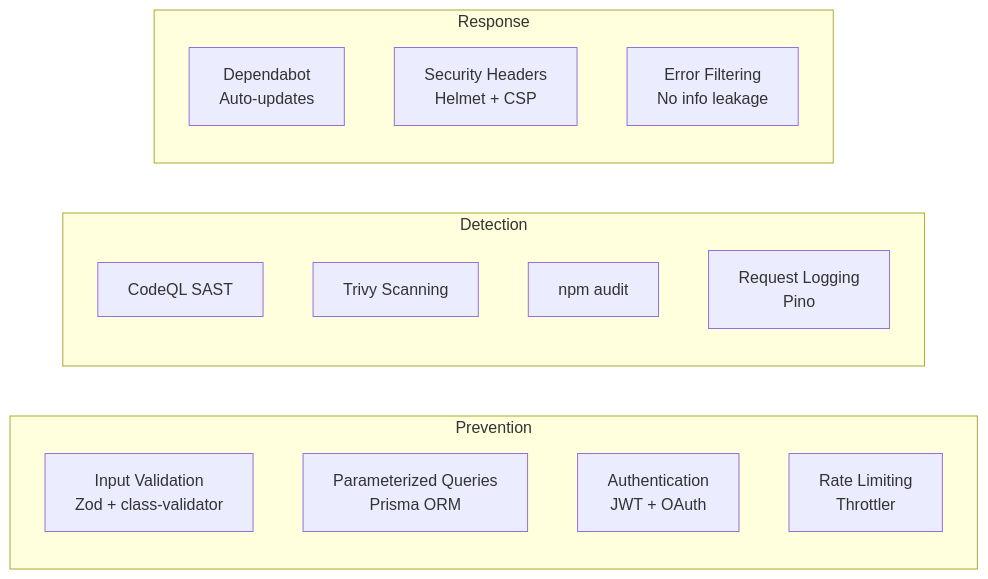
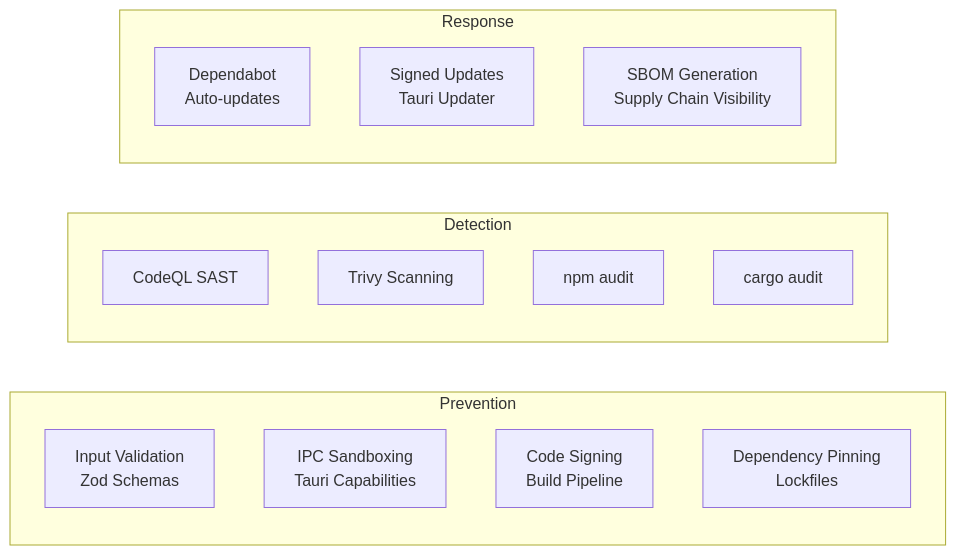
The second of 2 diagrams in docs/THREAT_MODEL.md (h3nryza/todo_app), drawn with Mermaid before and after one commit. The commit also changed other lines of this file and 11 other files, not shown here.

First line of the commit message:
chore: update CI/CD pipeline, docs, and threat model for local-first architecture

````diff
--- a/docs/THREAT_MODEL.md
+++ b/docs/THREAT_MODEL.md
@@ -133,22 +117,22 @@
 ```mermaid
 flowchart LR
     subgraph Prevention
-        A[Input Validation<br/>Zod + class-validator]
-        B[Parameterized Queries<br/>Prisma ORM]
-        C[Authentication<br/>JWT + OAuth]
-        D[Rate Limiting<br/>Throttler]
+        A[Input Validation<br/>Zod Schemas]
+        B[IPC Sandboxing<br/>Tauri Capabilities]
+        C[Code Signing<br/>Build Pipeline]
+        D[Dependency Pinning<br/>Lockfiles]
     end
 
     subgraph Detection
         E[CodeQL SAST]
         F[Trivy Scanning]
         G[npm audit]
-        H[Request Logging<br/>Pino]
+        H[cargo audit]
     end
 
     subgraph Response
         I[Dependabot<br/>Auto-updates]
-        J[Security Headers<br/>Helmet + CSP]
-        K[Error Filtering<br/>No info leakage]
+        J[Signed Updates<br/>Tauri Updater]
+        K[SBOM Generation<br/>Supply Chain Visibility]
     end
 ```
````
